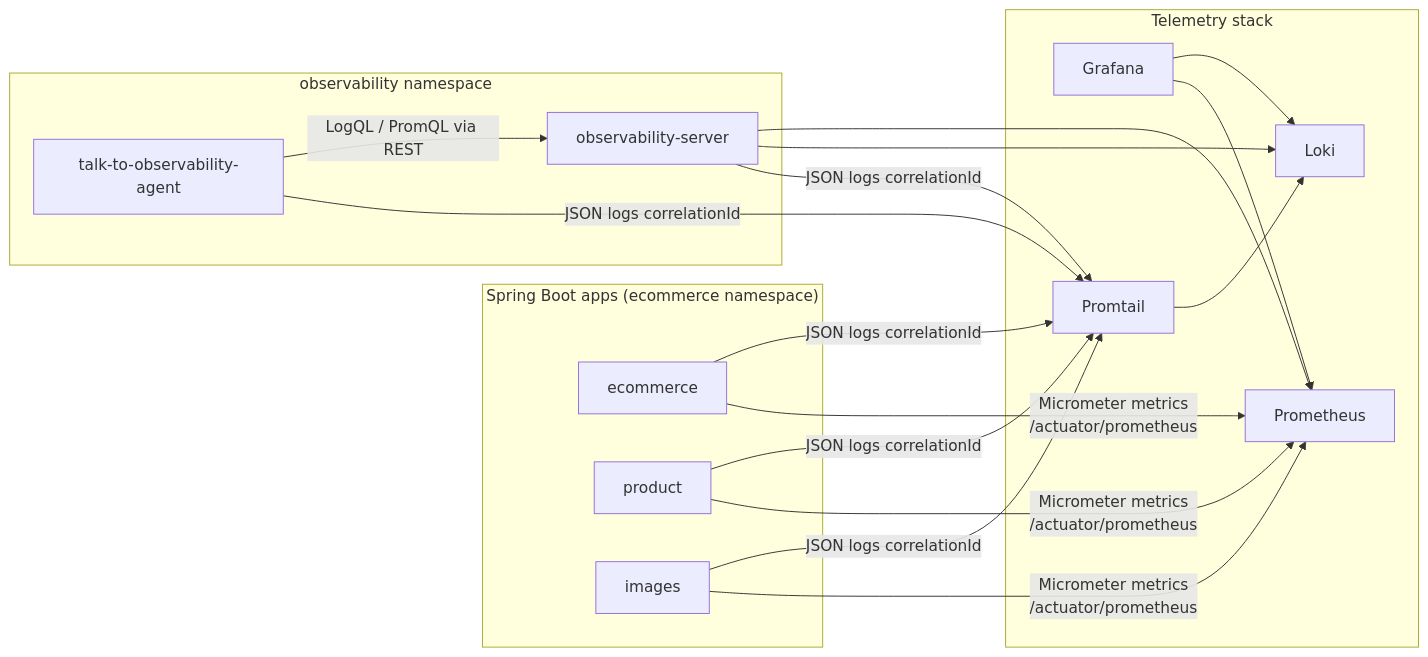
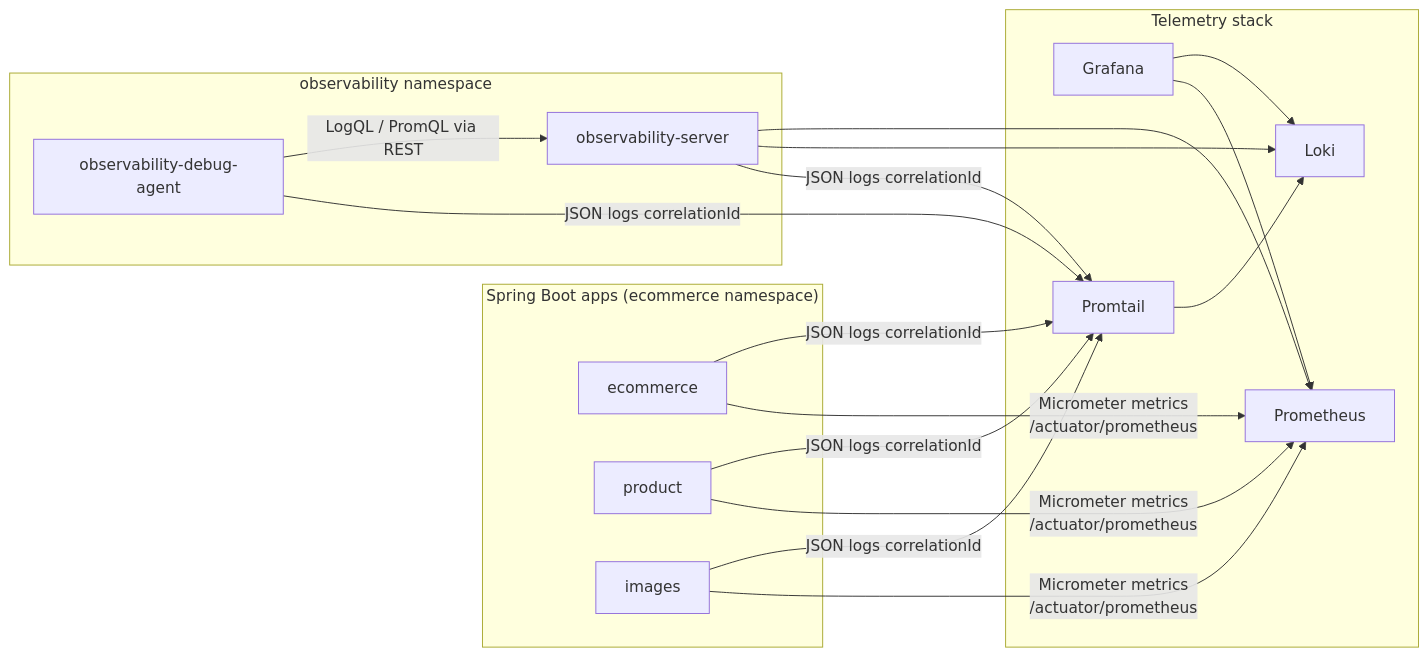
Before and after one commit to vuppalapatisn/agentic-microservices: the fourth of 5 diagrams in architecture-diagram.md, drawn with Mermaid. The commit also changed other lines of this file and 64 other files, not shown here.

````diff
--- a/architecture-diagram.md
+++ b/architecture-diagram.md
@@ -139,30 +139,30 @@
 ```mermaid
 flowchart LR
     subgraph Apps["Spring Boot apps (ecommerce namespace)"]
         A1["ecommerce"]
         A2["product"]
         A3["images"]
     end
 
     subgraph Agents["observability namespace"]
         A4["observability-server"]
-        A5["talk-to-observability-agent"]
+        A5["observability-debug-agent"]
     end
 
     subgraph Telemetry["Telemetry stack"]
         PRM["Prometheus"]
         LOK["Loki"]
         GRF["Grafana"]
         PRT["Promtail"]
     end
 
     A1 & A2 & A3 -->|"Micrometer metrics<br/>/actuator/prometheus"| PRM
     A1 & A2 & A3 & A4 & A5 -->|"JSON logs correlationId"| PRT
     PRT --> LOK
     GRF --> PRM
     GRF --> LOK
 
     A5 -->|"LogQL / PromQL via REST"| A4
     A4 --> LOK
     A4 --> PRM
 ```
````
